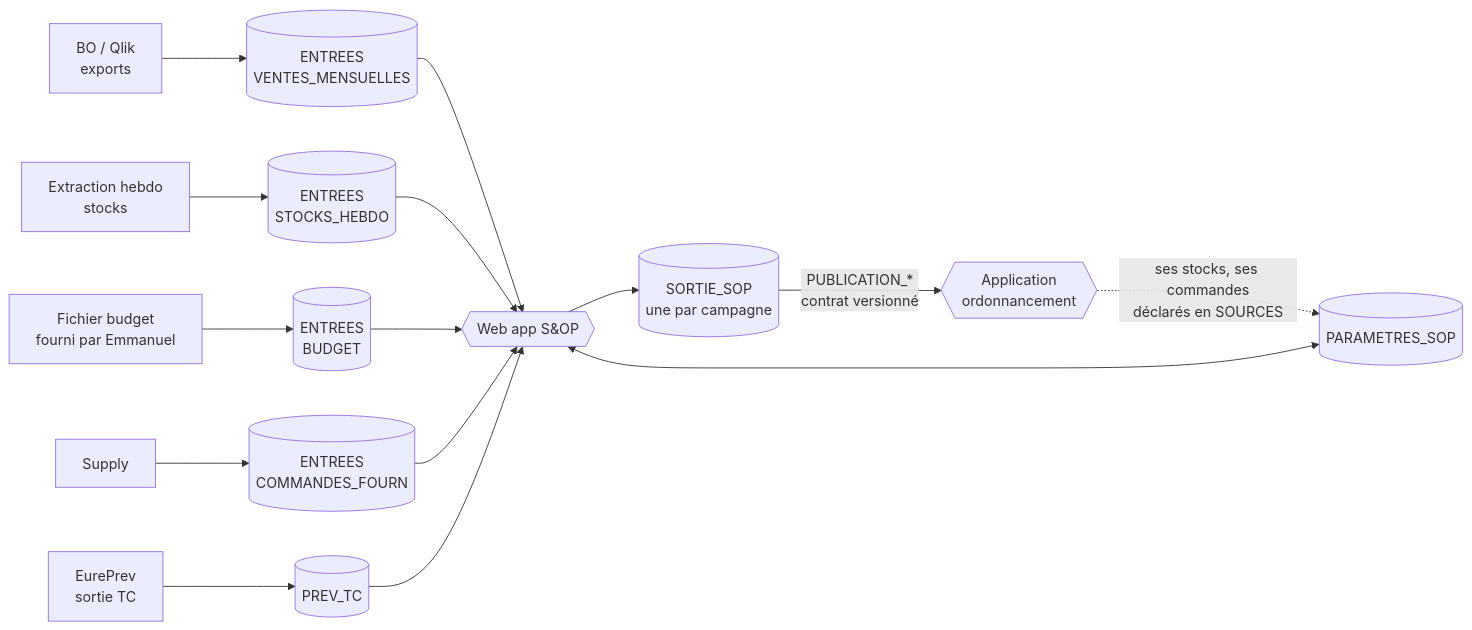
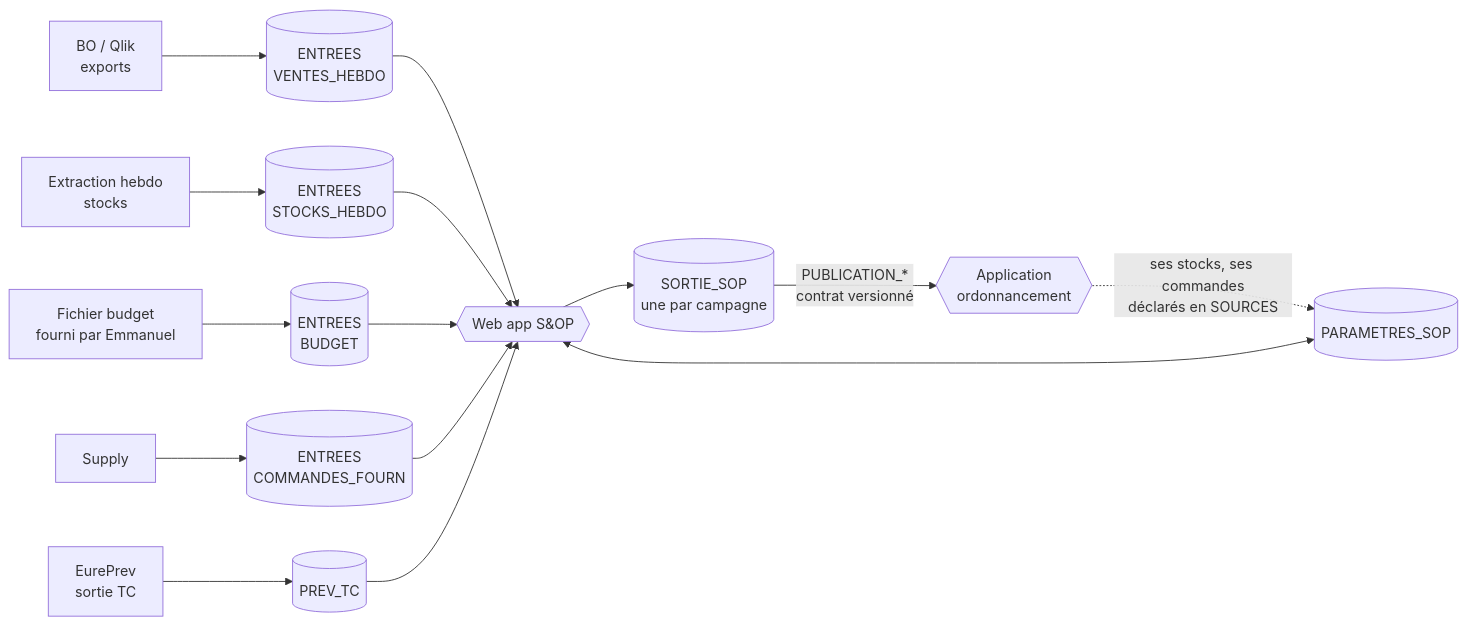
Before and after one commit to AlexFlexIA/EureSOP: the diagram in docs/_intro.md, drawn with Mermaid. The commit also changed other lines of this file and 24 other files, not shown here.

````diff
--- a/docs/_intro.md
+++ b/docs/_intro.md
@@ -7,19 +7,19 @@
 ```mermaid
 flowchart LR
-  BO[BO / Qlik<br/>exports] --> VENTES[(ENTREES<br/>VENTES_MENSUELLES)]
+  BO[BO / Qlik<br/>exports] --> VENTES[(ENTREES<br/>VENTES_HEBDO)]
   NB[Extraction hebdo<br/>stocks] --> STOCKS[(ENTREES<br/>STOCKS_HEBDO)]
   CDG[Fichier budget<br/>fourni par Emmanuel] --> BUDGET[(ENTREES<br/>BUDGET)]
   SUP[Supply] --> CF[(ENTREES<br/>COMMANDES_FOURN)]
   EP[EurePrev<br/>sortie TC] --> PTC[(PREV_TC)]
   PARAM[(PARAMETRES_SOP)]
   APP{{Web app S&OP}}
   VENTES --> APP
   STOCKS --> APP
   BUDGET --> APP
   CF --> APP
   PTC --> APP
   PARAM <--> APP
   APP --> SORTIE[(SORTIE_SOP<br/>une par campagne)]
   SORTIE -->|PUBLICATION_*<br/>contrat versionné| ORD{{Application<br/>ordonnancement}}
   ORD -.->|ses stocks, ses commandes<br/>déclarés en SOURCES| PARAM
 ```
````
